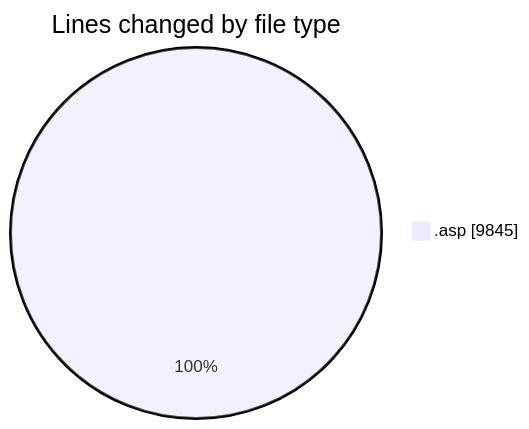
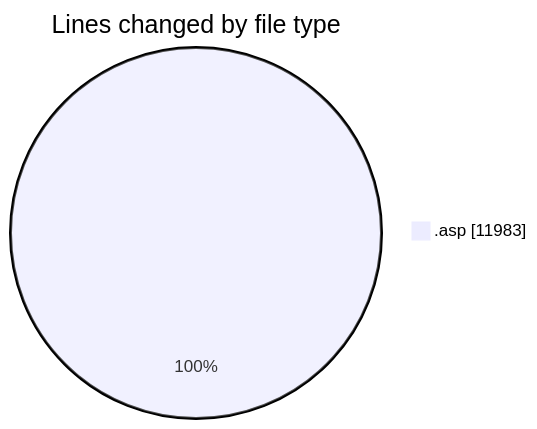
The first of 2 diagrams in 2025-10-30/cdp_aleoudev_fr__workspace_/README.md (julien-gomy/code-tracking), drawn with Mermaid before and after one commit. The commit also changed other lines of this file and 1 other file, not shown here.

````diff
--- a/2025-10-30/cdp_aleoudev_fr__workspace_/README.md
+++ b/2025-10-30/cdp_aleoudev_fr__workspace_/README.md
@@ -29,5 +30,5 @@
 ```mermaid
 pie showData
 title Lines changed by file type
-".asp" : 9845
+".asp" : 11983
 ```
````
